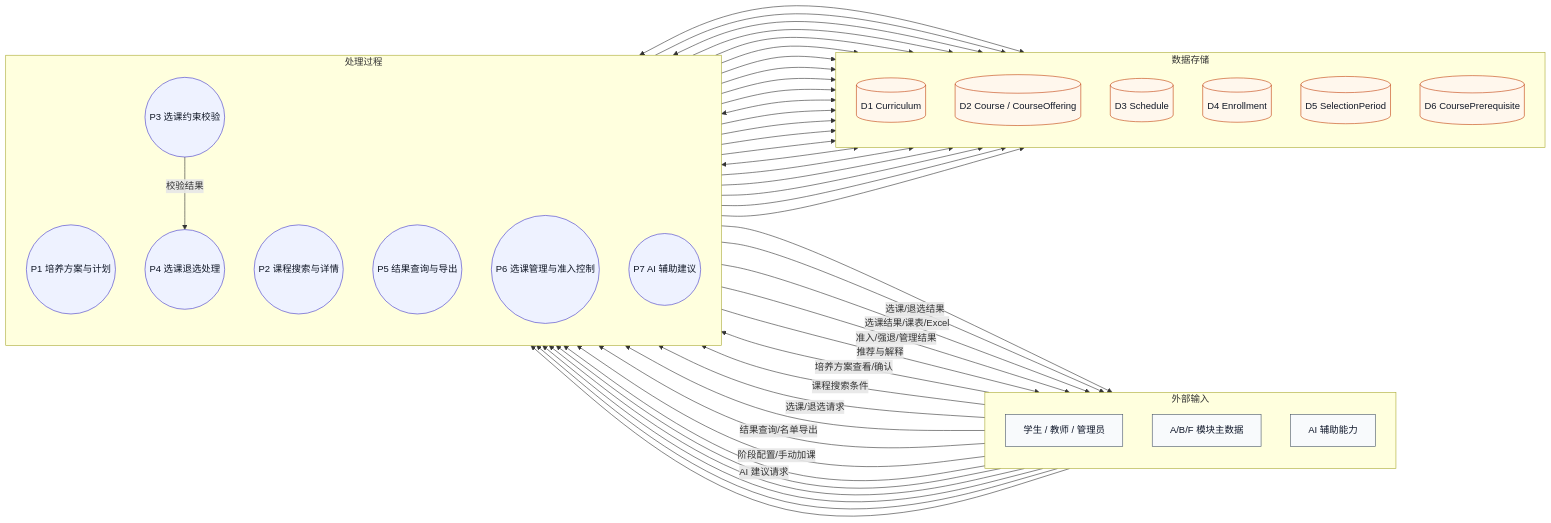
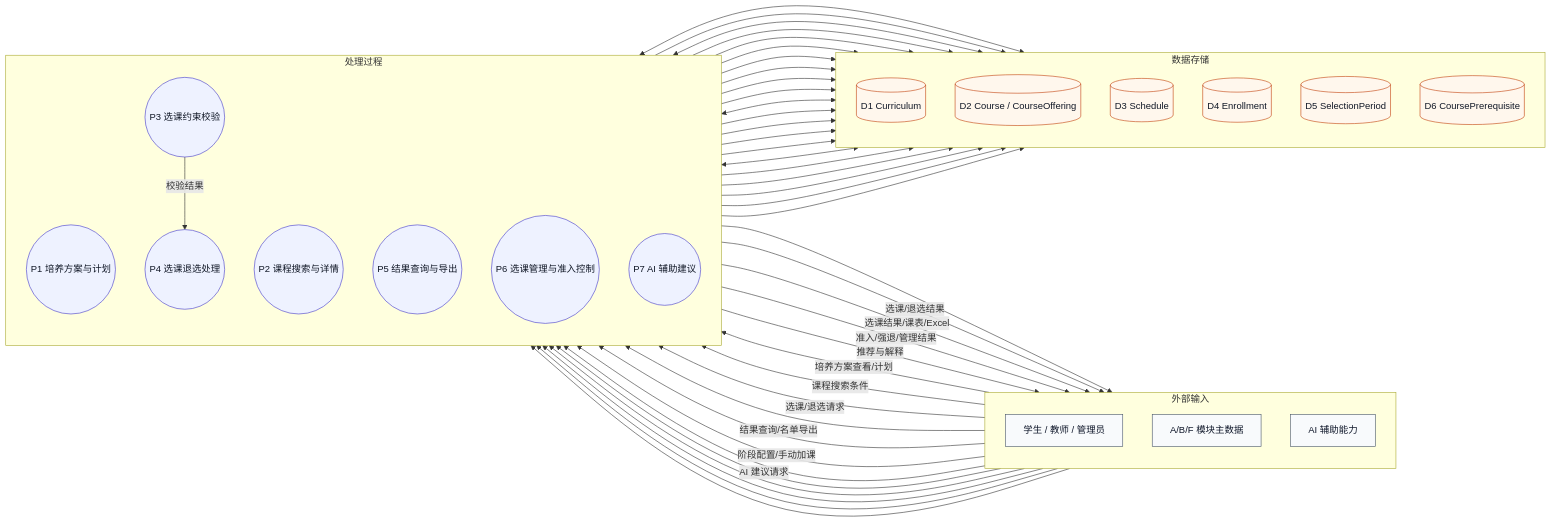
Before and after one commit to EmergentTwilight/Smart-Teaching-Service-System: the second of 5 diagrams in docs/srs/C-smart-course-selection-srs.md, drawn with Mermaid. The commit also changed other lines of this file, not shown here.

````diff
--- a/docs/srs/C-smart-course-selection-srs.md
+++ b/docs/srs/C-smart-course-selection-srs.md
@@ -259,81 +259,81 @@
 ```mermaid
 flowchart LR
     classDef external fill:#f8fafc,stroke:#475569,color:#0f172a
     classDef process fill:#eef2ff,stroke:#4338ca,color:#111827
     classDef store fill:#fff7ed,stroke:#c2410c,color:#111827
 
     subgraph E["外部输入"]
         direction TB
         U["学生 / 教师 / 管理员"]
         X["A/B/F 模块主数据"]
         AI["AI 辅助能力"]
     end
 
     subgraph P["处理过程"]
         direction TB
         P1(("P1 培养方案与计划"))
         P2(("P2 课程搜索与详情"))
         P3(("P3 选课约束校验"))
         P4(("P4 选课退选处理"))
         P5(("P5 结果查询与导出"))
         P6(("P6 选课管理与准入控制"))
         P7(("P7 AI 辅助建议"))
     end
 
     subgraph D["数据存储"]
         direction TB
         D1[("D1 Curriculum")]
         D2[("D2 Course / CourseOffering")]
         D3[("D3 Schedule")]
         D4[("D4 Enrollment")]
         D5[("D5 SelectionPeriod")]
         D6[("D6 CoursePrerequisite")]
     end
 
-    U -- "培养方案查看/确认" --> P1
+    U -- "培养方案查看/计划" --> P1
     U -- "课程搜索条件" --> P2
     U -- "选课/退选请求" --> P3
     U -- "结果查询/名单导出" --> P5
     U -- "阶段配置/手动加课" --> P6
     U -- "AI 建议请求" --> P7
 
     X --> P1
     X --> P2
     X --> P3
     X --> P5
     X --> P7
 
     P1 <--> D1
     P1 --> D2
     P2 <--> D2
     P2 --> D3
     P3 --> D1
     P3 --> D2
     P3 --> D3
     P3 --> D4
     P3 --> D5
     P3 --> D6
     P4 <--> D4
     P4 --> D2
     P5 --> D2
     P5 --> D3
     P5 --> D4
     P6 <--> D5
     P6 --> D4
     P7 --> D1
     P7 --> D2
     P7 --> D3
     P7 --> D4
     P7 --> AI
     AI --> P7
 
     P3 -- "校验结果" --> P4
     P4 -- "选课/退选结果" --> U
     P5 -- "选课结果/课表/Excel" --> U
     P6 -- "准入/强退/管理结果" --> U
     P7 -- "推荐与解释" --> U
 
     class U,X,AI external
     class P1,P2,P3,P4,P5,P6,P7 process
     class D1,D2,D3,D4,D5,D6 store
 ```
````
